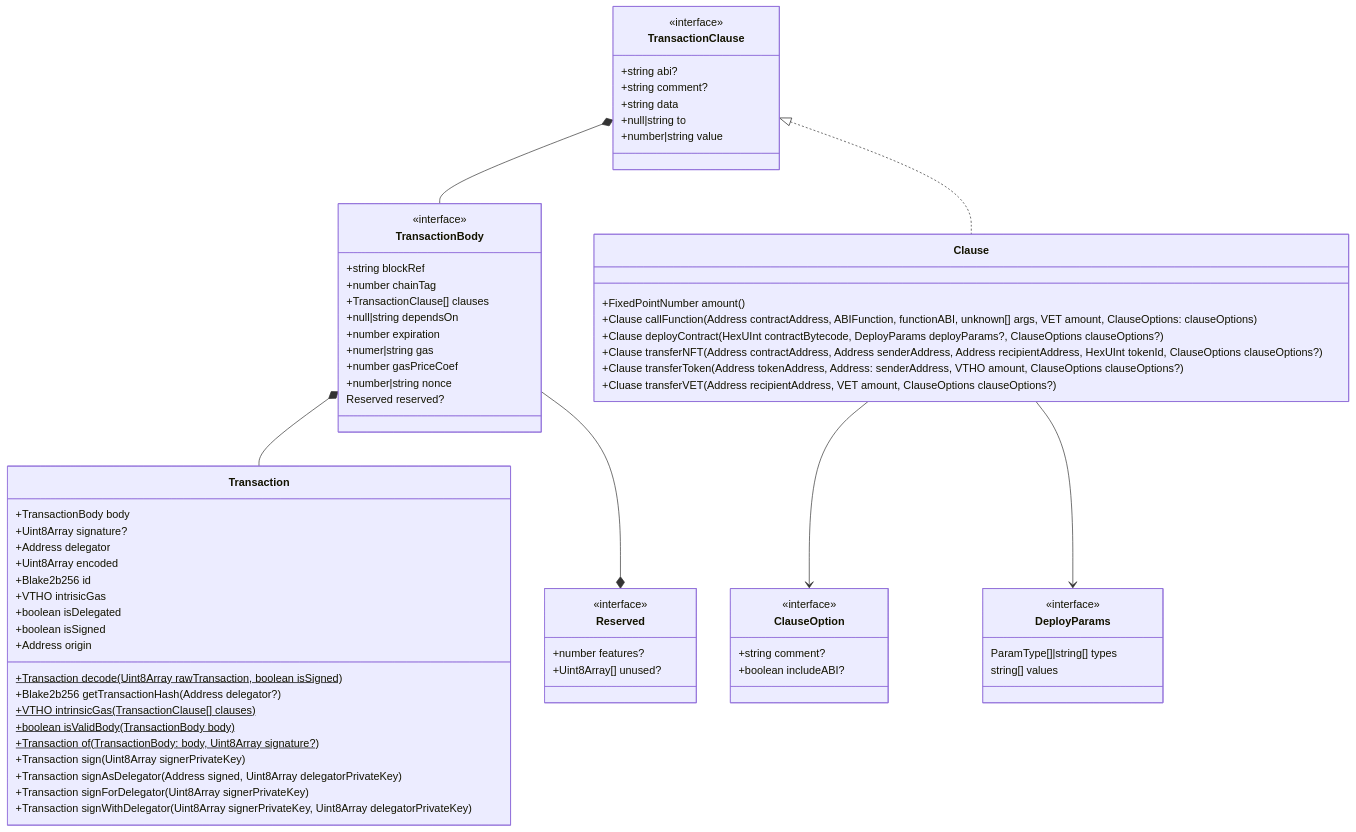
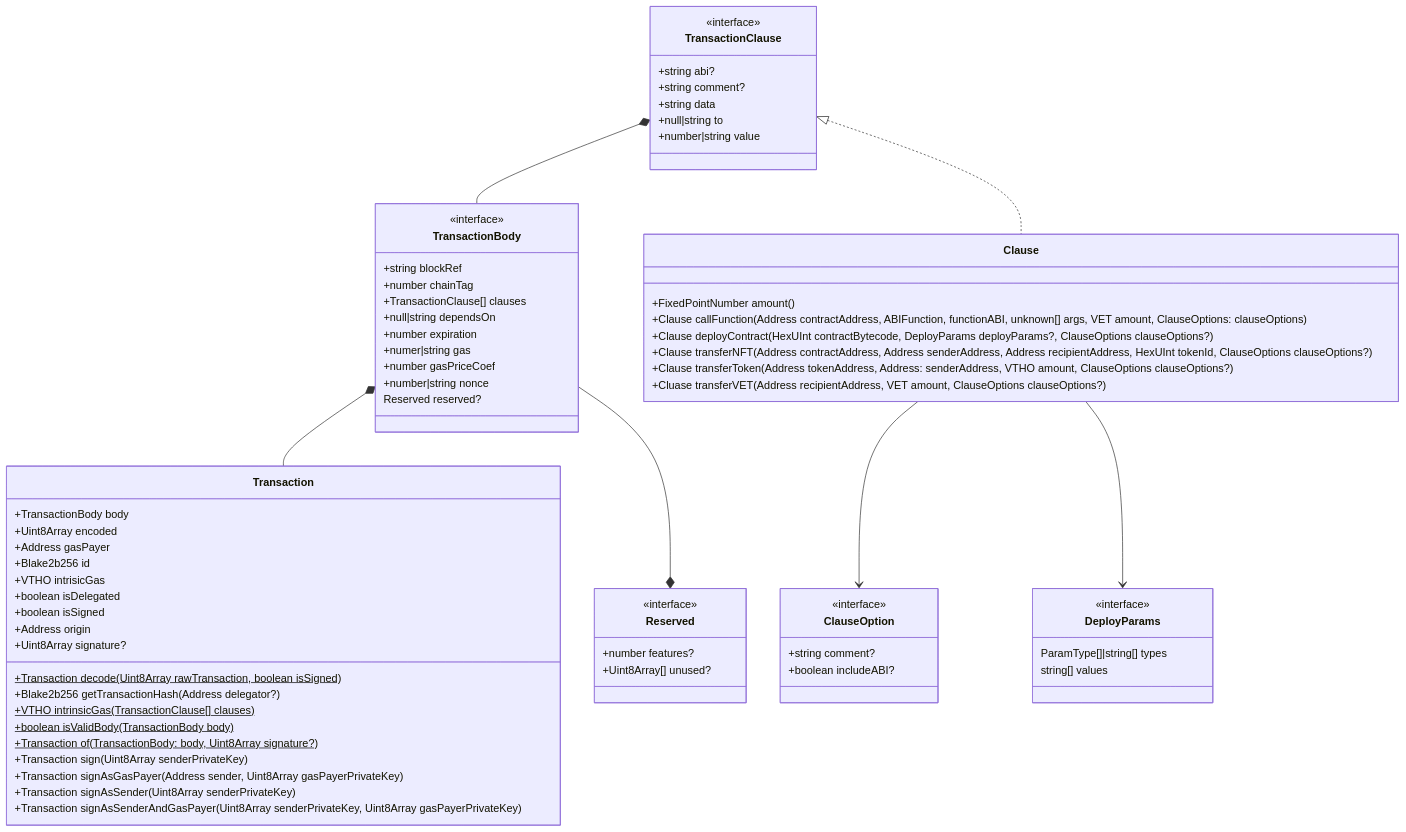
The diagram in docs/diagrams/architecture/transaction.md (vechain/vechain-sdk-js), drawn with Mermaid before and after one commit.

Commit message:
refactor: 1595 Transaction.ts refactoring...

````diff
--- a/docs/diagrams/architecture/transaction.md
+++ b/docs/diagrams/architecture/transaction.md
@@ -1,72 +1,72 @@
 ```mermaid
 classDiagram
     class Clause {
         +FixedPointNumber amount()
         +Clause callFunction(Address contractAddress, ABIFunction, functionABI, unknown[] args, VET amount, ClauseOptions: clauseOptions)
         +Clause deployContract(HexUInt contractBytecode, DeployParams deployParams?, ClauseOptions clauseOptions?)
         +Clause transferNFT(Address contractAddress, Address senderAddress, Address recipientAddress, HexUInt tokenId, ClauseOptions clauseOptions?)
         +Clause transferToken(Address tokenAddress, Address: senderAddress, VTHO amount, ClauseOptions clauseOptions?)
         +Cluase transferVET(Address recipientAddress, VET amount, ClauseOptions clauseOptions?)
     }
     class ClauseOption{
         <<interface>>
         +string comment?
         +boolean includeABI?
     }
     class DeployParams {
         <<interface>>
         ParamType[]|string[] types
         string[] values
     }
     class Reserved {
         <<interface>>
         +number features?
         +Uint8Array[] unused?
     }
     class Transaction {
         +TransactionBody body
-        +Uint8Array signature?
-        +Address delegator
         +Uint8Array encoded
+        +Address gasPayer
         +Blake2b256 id
         +VTHO intrisicGas
         +boolean isDelegated
         +boolean isSigned
         +Address origin
+        +Uint8Array signature?
         +Transaction decode(Uint8Array rawTransaction, boolean isSigned)$
         +Blake2b256 getTransactionHash(Address delegator?)
         +VTHO intrinsicGas(TransactionClause[] clauses)$
         +boolean isValidBody(TransactionBody body)$
         +Transaction of(TransactionBody: body, Uint8Array signature?)$
-        +Transaction sign(Uint8Array signerPrivateKey)
-        +Transaction signAsDelegator(Address signed, Uint8Array delegatorPrivateKey)
-        +Transaction signForDelegator(Uint8Array signerPrivateKey)
-        +Transaction signWithDelegator(Uint8Array signerPrivateKey, Uint8Array delegatorPrivateKey)
+        +Transaction sign(Uint8Array senderPrivateKey)
+        +Transaction signAsGasPayer(Address sender, Uint8Array gasPayerPrivateKey)
+        +Transaction signAsSender(Uint8Array senderPrivateKey)
+        +Transaction signAsSenderAndGasPayer(Uint8Array senderPrivateKey, Uint8Array gasPayerPrivateKey)
     }
     class TransactionBody {
         <<interface>>
         +string blockRef
         +number chainTag
         +TransactionClause[] clauses
         +null|string dependsOn
         +number expiration
         +numer|string gas
         +number gasPriceCoef
         +number|string nonce
         Reserved reserved?
     }
     class TransactionClause {
         <<interface>>
         +string abi?
         +string comment?
         +string data
         +null|string to
         +number|string value
     }
     Clause --> ClauseOption
     Clause --> DeployParams
     TransactionBody *-- Transaction
     TransactionBody --* Reserved
     TransactionClause *-- TransactionBody
     TransactionClause <|.. Clause
 ```
````
